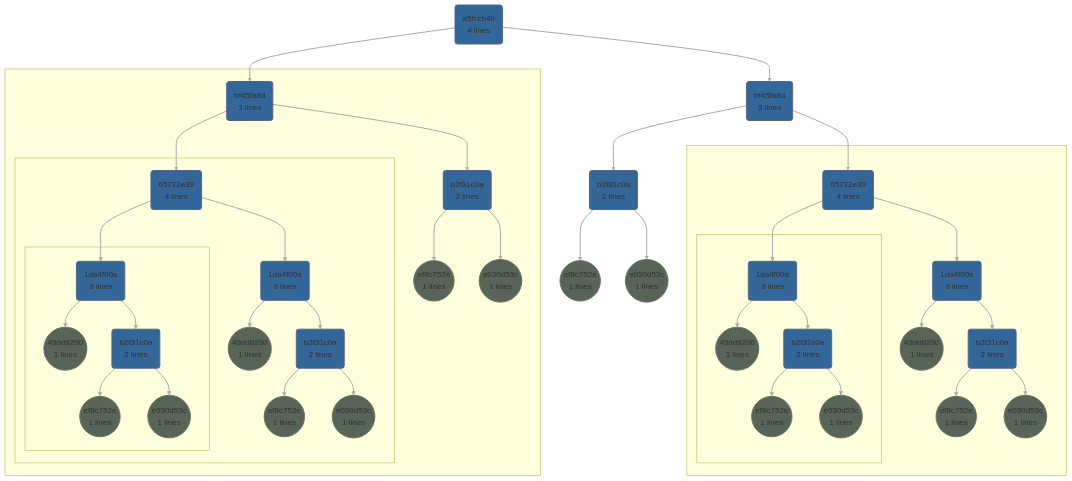
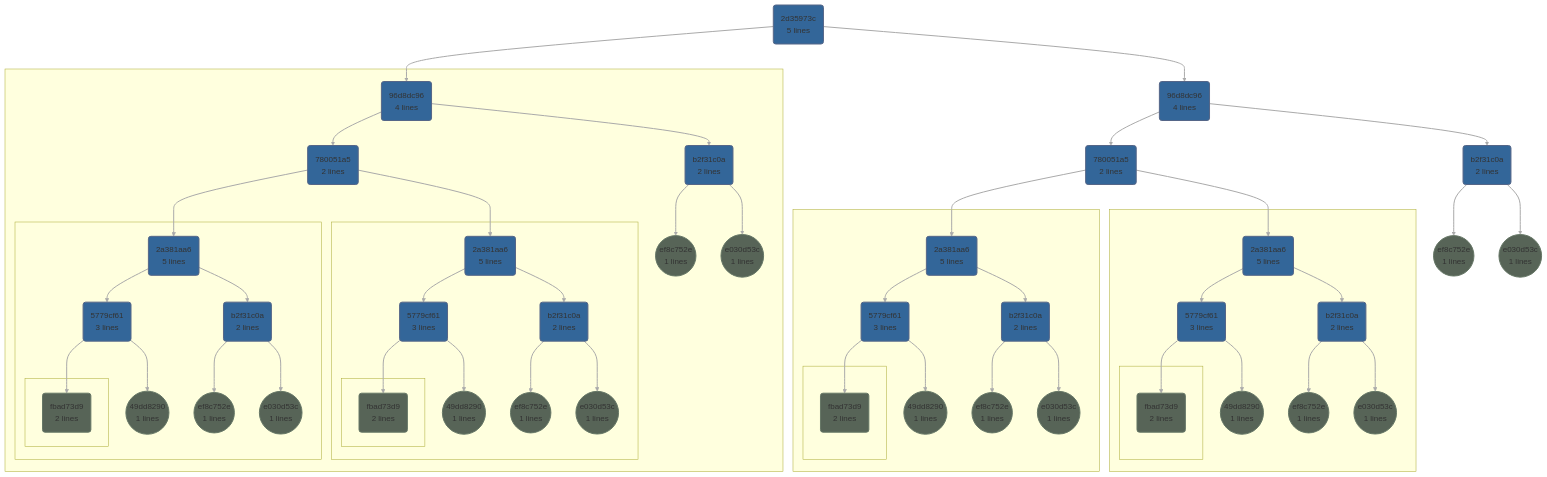
The fourth of 4 diagrams in egppy/egppy/worker/docs/executor.md (Shapedsundew9/erasmus-gp), drawn with Mermaid before and after one commit. The commit also changed other lines of this file and 4 other files, not shown here.

Commit message:
Refactor GCNode and gene pool initialization; enhance Mermaid chart generation with dynamic line limits and improved executable handling.

````diff
--- a/egppy/egppy/worker/docs/executor.md
+++ b/egppy/egppy/worker/docs/executor.md
@@ -132,76 +290,100 @@
 ```mermaid
 flowchart TD
-    uid0040("a5fccb4b<br>4 lines"):::blue
-    subgraph uid0041sd[" "]
-    uid0041("bf45fa8d<br>3 lines"):::blue
-    subgraph uid0043sd[" "]
-    uid0043("65722e39<br>4 lines"):::blue
-    subgraph uid0047sd[" "]
-    uid0047("1da4f00a<br>3 lines"):::blue
-    uid004f(("49dd8290<br>1 lines")):::green
-    uid0047 --> uid004f
-    uid0050("b2f31c0a<br>2 lines"):::blue
-    uid0047 --> uid0050
-    uid0057(("ef8c752e<br>1 lines")):::green
-    uid0050 --> uid0057
-    uid0058(("e030d53c<br>1 lines")):::green
-    uid0050 --> uid0058
+    uid00d3("2d35973c<br>5 lines"):::blue
+    subgraph uid00d4sd[" "]
+    uid00d4("96d8dc96<br>4 lines"):::blue
+    uid00d6("780051a5<br>2 lines"):::blue
+    uid00d4 --> uid00d6
+    uid00d7("b2f31c0a<br>2 lines"):::blue
+    uid00d4 --> uid00d7
+    subgraph uid00dasd[" "]
+    uid00da("2a381aa6<br>5 lines"):::blue
+    uid00e2("5779cf61<br>3 lines"):::blue
+    uid00da --> uid00e2
+    uid00e3("b2f31c0a<br>2 lines"):::blue
+    uid00da --> uid00e3
+    subgraph uid00easd[" "]
+    uid00ea("fbad73d9<br>2 lines"):::green
     end
-    uid0043 --> uid0047
-    uid0048("1da4f00a<br>3 lines"):::blue
-    uid0043 --> uid0048
-    uid0051(("49dd8290<br>1 lines")):::green
-    uid0048 --> uid0051
-    uid0052("b2f31c0a<br>2 lines"):::blue
-    uid0048 --> uid0052
-    uid0059(("ef8c752e<br>1 lines")):::green
-    uid0052 --> uid0059
-    uid005a(("e030d53c<br>1 lines")):::green
-    uid0052 --> uid005a
+    uid00e2 --> uid00ea
+    uid00eb(("49dd8290<br>1 lines")):::green
+    uid00e2 --> uid00eb
+    uid00ec(("ef8c752e<br>1 lines")):::green
+    uid00e3 --> uid00ec
+    uid00ed(("e030d53c<br>1 lines")):::green
+    uid00e3 --> uid00ed
     end
-    uid0041 --> uid0043
-    uid0044("b2f31c0a<br>2 lines"):::blue
-    uid0041 --> uid0044
-    uid0049(("ef8c752e<br>1 lines")):::green
-    uid0044 --> uid0049
-    uid004a(("e030d53c<br>1 lines")):::green
-    uid0044 --> uid004a
+    uid00d6 --> uid00da
+    subgraph uid00dbsd[" "]
+    uid00db("2a381aa6<br>5 lines"):::blue
+    uid00e4("5779cf61<br>3 lines"):::blue
+    uid00db --> uid00e4
+    uid00e5("b2f31c0a<br>2 lines"):::blue
+    uid00db --> uid00e5
+    subgraph uid00eesd[" "]
+    uid00ee("fbad73d9<br>2 lines"):::green
     end
-    uid0040 --> uid0041
-    uid0042("bf45fa8d<br>3 lines"):::blue
-    uid0040 --> uid0042
-    subgraph uid0045sd[" "]
-    uid0045("65722e39<br>4 lines"):::blue
-    subgraph uid004bsd[" "]
-    uid004b("1da4f00a<br>3 lines"):::blue
-    uid0053(("49dd8290<br>1 lines")):::green
-    uid004b --> uid0053
-    uid0054("b2f31c0a<br>2 lines"):::blue
-    uid004b --> uid0054
-    uid005b(("ef8c752e<br>1 lines")):::green
-    uid0054 --> uid005b
-    uid005c(("e030d53c<br>1 lines")):::green
-    uid0054 --> uid005c
+    uid00e4 --> uid00ee
+    uid00ef(("49dd8290<br>1 lines")):::green
+    uid00e4 --> uid00ef
+    uid00f0(("ef8c752e<br>1 lines")):::green
+    uid00e5 --> uid00f0
+    uid00f1(("e030d53c<br>1 lines")):::green
+    uid00e5 --> uid00f1
     end
-    uid0045 --> uid004b
-    uid004c("1da4f00a<br>3 lines"):::blue
-    uid0045 --> uid004c
-    uid0055(("49dd8290<br>1 lines")):::green
-    uid004c --> uid0055
-    uid0056("b2f31c0a<br>2 lines"):::blue
-    uid004c --> uid0056
-    uid005d(("ef8c752e<br>1 lines")):::green
-    uid0056 --> uid005d
-    uid005e(("e030d53c<br>1 lines")):::green
-    uid0056 --> uid005e
+    uid00d6 --> uid00db
+    uid00dc(("ef8c752e<br>1 lines")):::green
+    uid00d7 --> uid00dc
+    uid00dd(("e030d53c<br>1 lines")):::green
+    uid00d7 --> uid00dd
     end
-    uid0042 --> uid0045
-    uid0046("b2f31c0a<br>2 lines"):::blue
-    uid0042 --> uid0046
-    uid004d(("ef8c752e<br>1 lines")):::green
-    uid0046 --> uid004d
-    uid004e(("e030d53c<br>1 lines")):::green
-    uid0046 --> uid004e
+    uid00d3 --> uid00d4
+    uid00d5("96d8dc96<br>4 lines"):::blue
+    uid00d3 --> uid00d5
+    uid00d8("780051a5<br>2 lines"):::blue
+    uid00d5 --> uid00d8
+    uid00d9("b2f31c0a<br>2 lines"):::blue
+    uid00d5 --> uid00d9
+    subgraph uid00desd[" "]
+    uid00de("2a381aa6<br>5 lines"):::blue
+    uid00e6("5779cf61<br>3 lines"):::blue
+    uid00de --> uid00e6
+    uid00e7("b2f31c0a<br>2 lines"):::blue
+    uid00de --> uid00e7
+    subgraph uid00f2sd[" "]
+    uid00f2("fbad73d9<br>2 lines"):::green
+    end
+    uid00e6 --> uid00f2
+    uid00f3(("49dd8290<br>1 lines")):::green
+    uid00e6 --> uid00f3
+    uid00f4(("ef8c752e<br>1 lines")):::green
+    uid00e7 --> uid00f4
+    uid00f5(("e030d53c<br>1 lines")):::green
+    uid00e7 --> uid00f5
+    end
+    uid00d8 --> uid00de
+    subgraph uid00dfsd[" "]
+    uid00df("2a381aa6<br>5 lines"):::blue
+    uid00e8("5779cf61<br>3 lines"):::blue
+    uid00df --> uid00e8
+    uid00e9("b2f31c0a<br>2 lines"):::blue
+    uid00df --> uid00e9
+    subgraph uid00f6sd[" "]
+    uid00f6("fbad73d9<br>2 lines"):::green
+    end
+    uid00e8 --> uid00f6
+    uid00f7(("49dd8290<br>1 lines")):::green
+    uid00e8 --> uid00f7
+    uid00f8(("ef8c752e<br>1 lines")):::green
+    uid00e9 --> uid00f8
+    uid00f9(("e030d53c<br>1 lines")):::green
+    uid00e9 --> uid00f9
+    end
+    uid00d8 --> uid00df
+    uid00e0(("ef8c752e<br>1 lines")):::green
+    uid00d9 --> uid00e0
+    uid00e1(("e030d53c<br>1 lines")):::green
+    uid00d9 --> uid00e1
 classDef grey fill:#444444,stroke:#333333,stroke-width:2px
 classDef red fill:#A74747,stroke:#996666,stroke-width:2px
 classDef blue fill:#336699,stroke:#556688,stroke-width:2px
````
